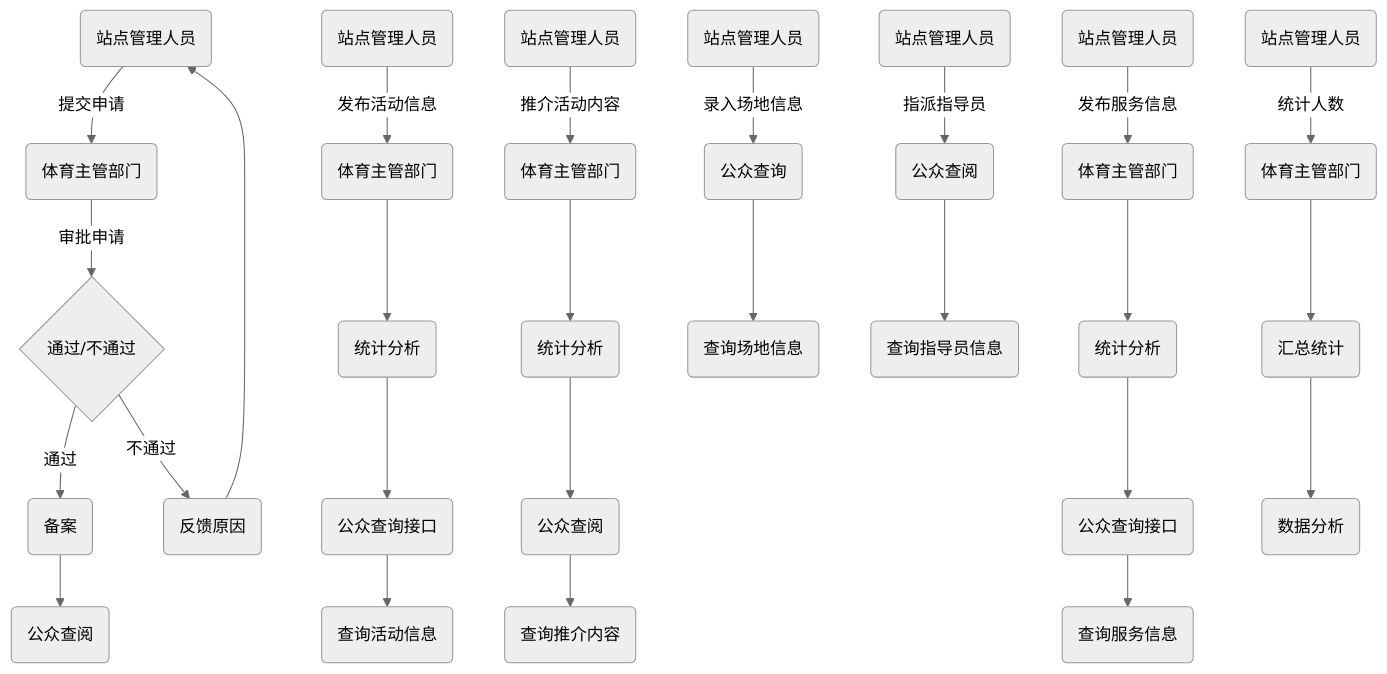
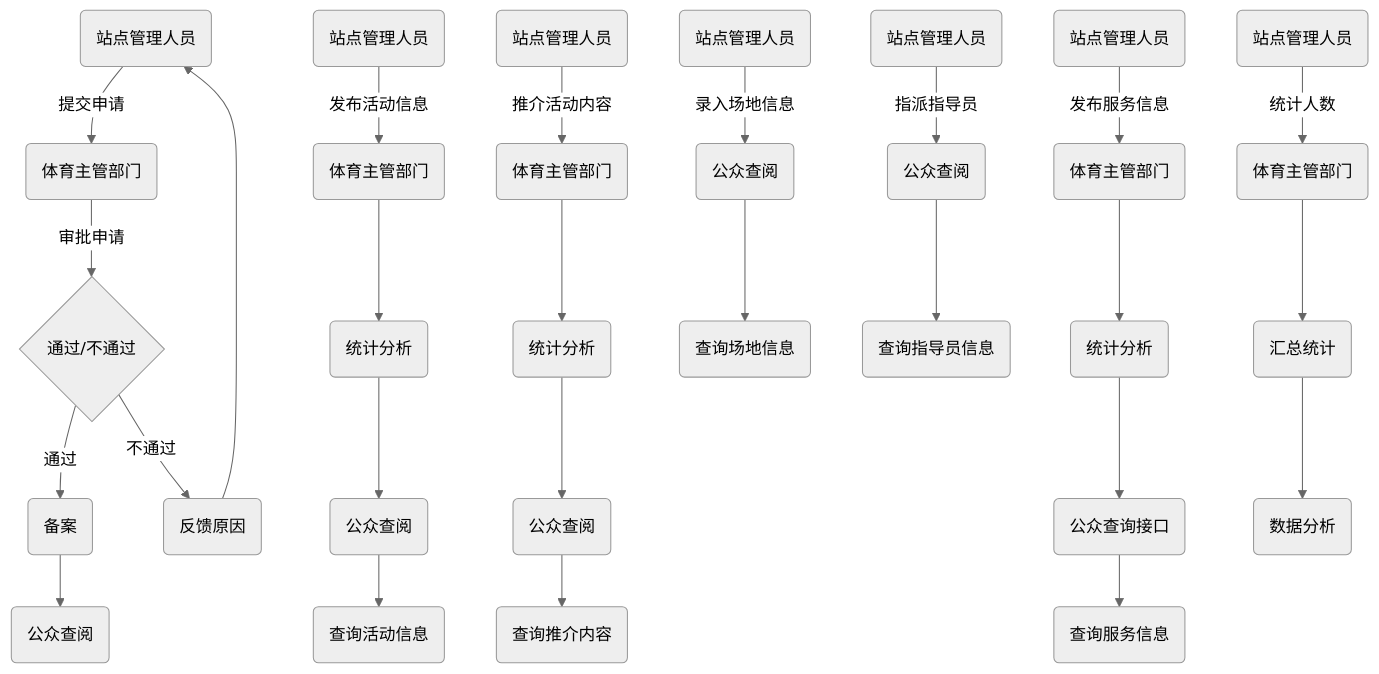
Before and after one commit to miaozjs/iodraw-files: the diagram in all/未命名-1.md, drawn with Mermaid (neutral theme).

Commit message:
2024-06-13 17:26:37 update

````diff
--- a/all/未命名-1.md
+++ b/all/未命名-1.md
@@ -1,35 +1,35 @@
 ```mermaid
 graph TD
     A1(站点管理人员) -->|提交申请| A2(体育主管部门)
     A2 -->|审批申请| A3{通过/不通过}
     A3 -->|通过| A4(备案)
     A3 -->|不通过| A5(反馈原因)
     A4 --> A6(公众查阅)
     A5 --> A1
 
     B1(站点管理人员) -->|发布活动信息| B2(体育主管部门)
     B2 --> B3(统计分析)
-    B3 --> B4(公众查询接口)
+    B3 --> B4(公众查阅)
     B4 --> B5(查询活动信息)
 
     C1(站点管理人员) -->|推介活动内容| C2(体育主管部门)
     C2 --> C3(统计分析)
     C3 --> C4(公众查阅)
     C4 --> C5(查询推介内容)
 
     D1(站点管理人员) -->|发布服务信息| D2(体育主管部门)
     D2 --> D3(统计分析)
     D3 --> D4(公众查询接口)
     D4 --> D5(查询服务信息)
 
-    E1(站点管理人员) -->|录入场地信息| E4(公众查询)
+    E1(站点管理人员) -->|录入场地信息| E4(公众查阅)
     E4 --> E6(查询场地信息)
 
     F1(站点管理人员) -->|指派指导员| F4(公众查阅)
     F4 --> F6(查询指导员信息)
 
     G1(站点管理人员) -->|统计人数| G2(体育主管部门)
     G2 --> G3(汇总统计)
     G3 --> G4(数据分析)
 
 ```
````
